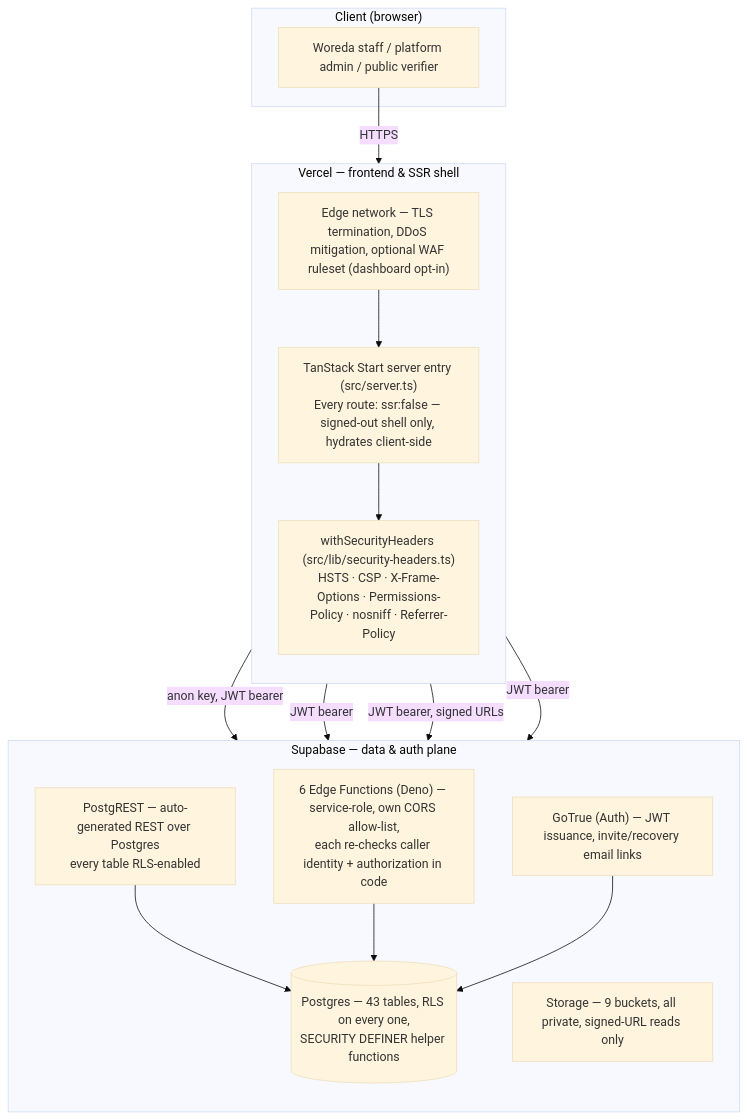
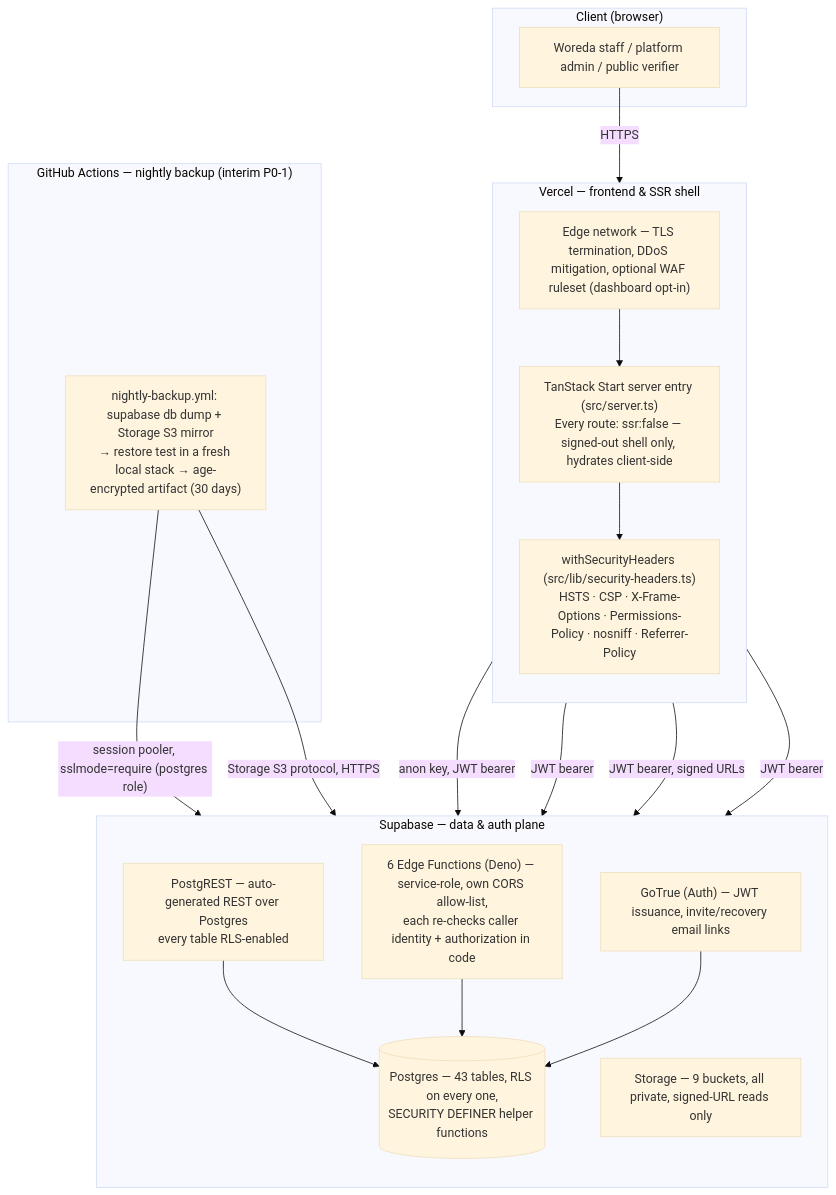
The diagram in docs/architecture.md (eskabdi/woredas-portal), drawn with Mermaid (base theme) before and after one commit. The commit also changed other lines of this file and 9 other files, not shown here.

First line of the commit message:
feat(ops): nightly encrypted backup with automatic restore test (P0-1 interim)

````diff
--- a/docs/architecture.md
+++ b/docs/architecture.md
@@ -11,32 +11,38 @@
 ```mermaid
 flowchart TB
     subgraph Client["Client (browser)"]
         Browser["Woreda staff / platform admin / public verifier"]
     end
 
     subgraph Vercel["Vercel — frontend & SSR shell"]
         direction TB
         Edge["Edge network — TLS termination, DDoS mitigation, optional WAF ruleset (dashboard opt-in)"]
         SSR["TanStack Start server entry (src/server.ts)<br/>Every route: ssr:false — signed-out shell only, hydrates client-side"]
         Headers["withSecurityHeaders (src/lib/security-headers.ts)<br/>HSTS · CSP · X-Frame-Options · Permissions-Policy · nosniff · Referrer-Policy"]
         Edge --> SSR --> Headers
     end
 
     subgraph Supabase["Supabase — data & auth plane"]
         direction TB
         PostgREST["PostgREST — auto-generated REST over Postgres<br/>every table RLS-enabled"]
         Auth["GoTrue (Auth) — JWT issuance, invite/recovery email links"]
         Storage["Storage — 9 buckets, all private, signed-URL reads only"]
         Functions["6 Edge Functions (Deno) — service-role, own CORS allow-list,<br/>each re-checks caller identity + authorization in code"]
         DB[("Postgres — 43 tables, RLS on every one,<br/>SECURITY DEFINER helper functions")]
         PostgREST --> DB
         Functions --> DB
         Auth --> DB
     end
 
+    subgraph GHA["GitHub Actions — nightly backup (interim P0-1)"]
+        Backup["nightly-backup.yml: supabase db dump + Storage S3 mirror<br/>→ restore test in a fresh local stack → age-encrypted artifact (30 days)"]
+    end
+
     Browser -- "HTTPS" --> Edge
     Headers -- "anon key, JWT bearer" --> PostgREST
     Headers -- "JWT bearer" --> Auth
     Headers -- "JWT bearer, signed URLs" --> Storage
     Headers -- "JWT bearer" --> Functions
+    Backup -- "session pooler, sslmode=require (postgres role)" --> DB
+    Backup -- "Storage S3 protocol, HTTPS" --> Storage
 ```
````
